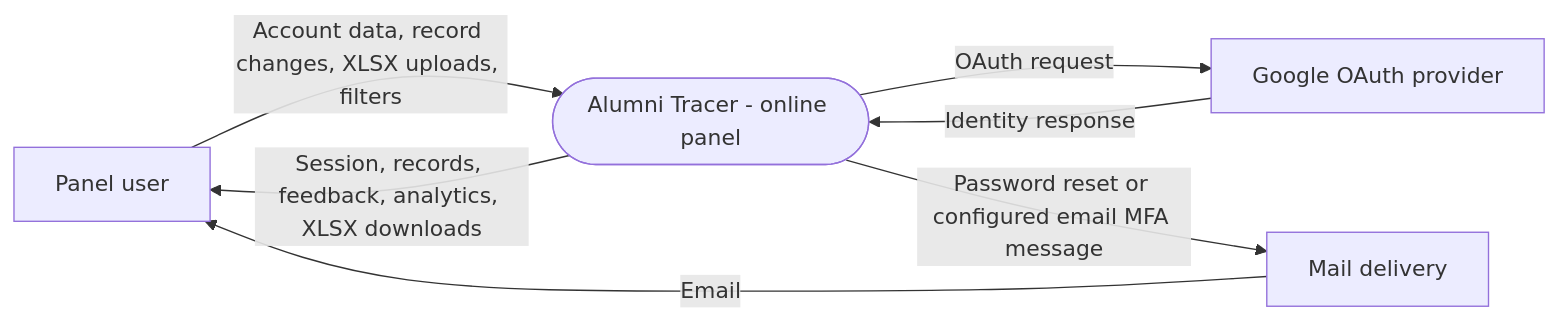
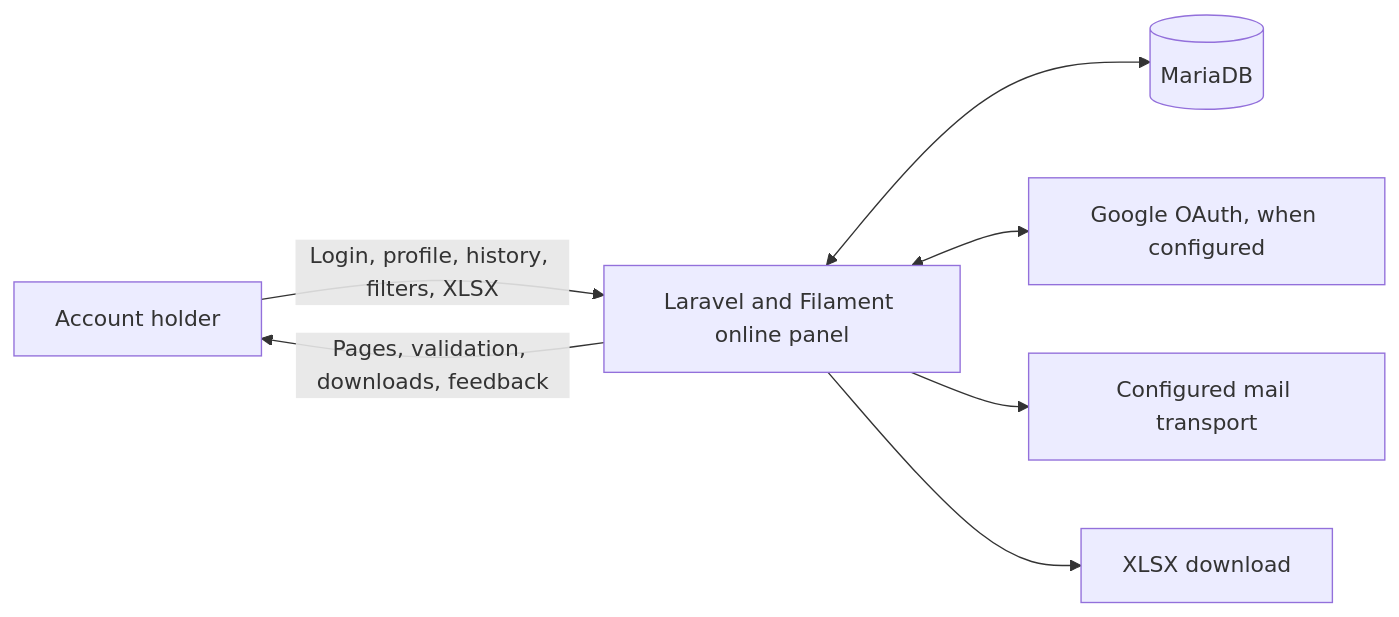
Before and after one commit to zrlldy/alumni-tracer: the first of 2 diagrams in data-and-process-modeling.md, drawn with Mermaid. The commit also changed other lines of this file and 4 other files, not shown here.

````diff
--- a/data-and-process-modeling.md
+++ b/data-and-process-modeling.md
@@ -33,13 +9,9 @@
-```mermaid
+~~~mermaid
 flowchart LR
-    U[Panel user]
-    G[Google OAuth provider]
-    M[Mail delivery]
-    S([Alumni Tracer - online panel])
-    U -->|Account data, record changes, XLSX uploads, filters| S
-    S -->|Session, records, feedback, analytics, XLSX downloads| U
-    S -->|OAuth request| G
-    G -->|Identity response| S
-    S -->|Password reset or configured email MFA message| M
-    M -->|Email| U
-```
+    U[Account holder] -->|Login, profile, history, filters, XLSX| A[Laravel and Filament online panel]
+    A -->|Pages, validation, downloads, feedback| U
+    A <--> DB[(MariaDB)]
+    A <--> G[Google OAuth, when configured]
+    A --> M[Configured mail transport]
+    A --> X[XLSX download]
+~~~
````
